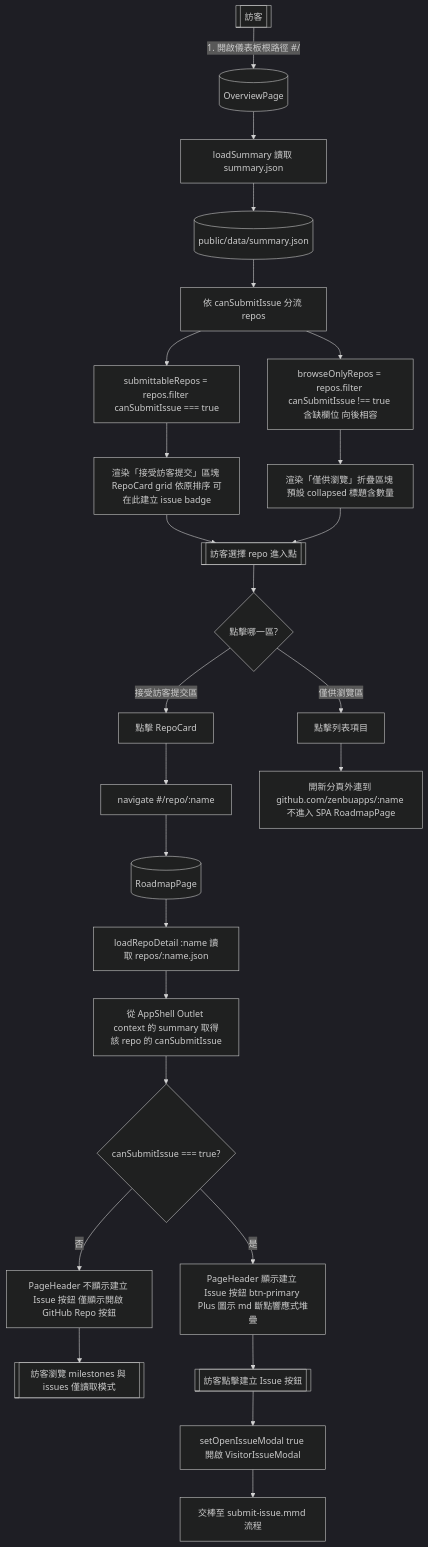
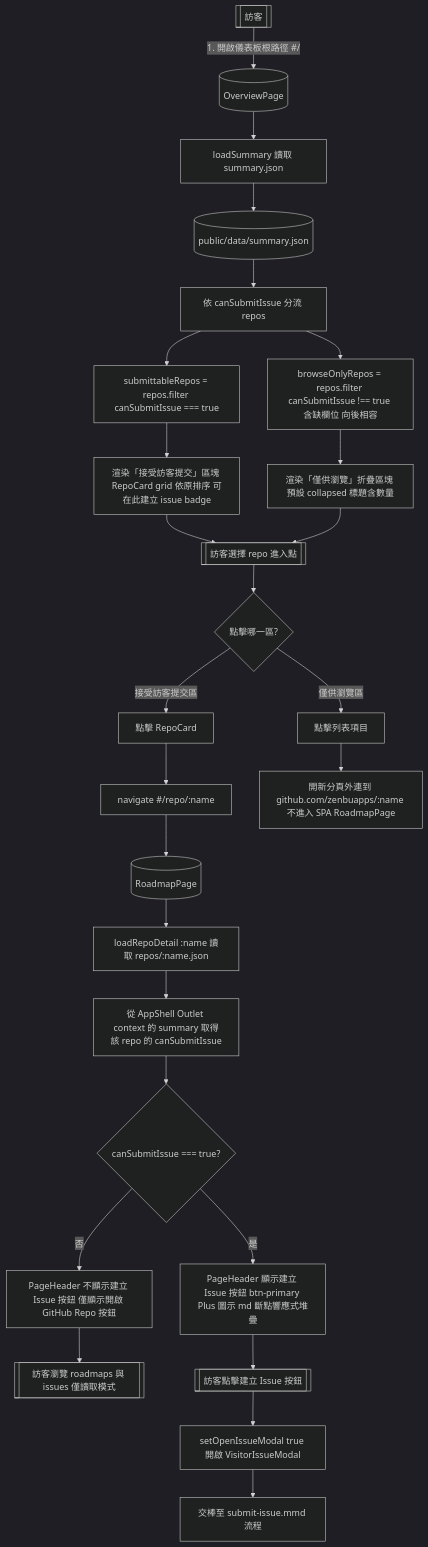
Before and after one commit to zenbuapps/zenbu-milestones: the diagram in specs/activities/overview-entry.mmd, drawn with Mermaid (dark theme). The commit also changed 53 other files, not shown here.

First line of the commit message:
refactor: rename project zenbu-milestones to zenbu-roadmaps

```diff
--- a/specs/activities/overview-entry.mmd
+++ b/specs/activities/overview-entry.mmd
@@ -1,45 +1,45 @@
 %% Activity: OverviewPage 進入 → 觸發建立 Issue Modal 的 UX 路徑
 %% 對應 User Stories: US-V-001 / US-V-007
 %% 對應 AC: AC-Group 1 Rule「RoadmapPage 應在 canSubmitIssue=true 時顯示建立 issue 按鈕」、AC-Group 4（OverviewPage 分區）、AC-Group 8（向後相容：缺 canSubmitIssue 視為 false）
 %% 對應 ADR: ADR-004（canSubmitIssue 計算 + 兩區塊分區）
 
 flowchart TD
     Visitor[[訪客]]
     Summary[(public/data/summary.json)]
     Overview[(OverviewPage)]
     Roadmap[(RoadmapPage)]
 
     Visitor -->|1. 開啟儀表板根路徑 #/| Overview
     Overview --> LoadSummary[loadSummary 讀取 summary.json]
     LoadSummary --> Summary
     Summary --> Partition[依 canSubmitIssue 分流 repos]
 
     Partition --> SubmittableGroup[submittableRepos = repos.filter canSubmitIssue === true]
     Partition --> BrowseOnlyGroup[browseOnlyRepos = repos.filter canSubmitIssue !== true 含缺欄位 向後相容]
 
     SubmittableGroup --> RenderSubmittable[渲染「接受訪客提交」區塊 RepoCard grid 依原排序 可在此建立 issue badge]
     BrowseOnlyGroup --> RenderBrowseOnly[渲染「僅供瀏覽」折疊區塊 預設 collapsed 標題含數量]
 
     RenderSubmittable --> UserChoice[[訪客選擇 repo 進入點]]
     RenderBrowseOnly --> UserChoice
 
     UserChoice --> WhichCard{點擊哪一區?}
 
     WhichCard -- 接受訪客提交區 --> ClickSubmittable[點擊 RepoCard]
     ClickSubmittable --> NavigateRoadmap[navigate #/repo/:name]
     NavigateRoadmap --> Roadmap
 
     WhichCard -- 僅供瀏覽區 --> ClickBrowseOnly[點擊列表項目]
     ClickBrowseOnly --> ExternalGitHub[開新分頁外連到 github.com/zenbuapps/:name 不進入 SPA RoadmapPage]
 
     Roadmap --> LoadDetail[loadRepoDetail :name 讀取 repos/:name.json]
     LoadDetail --> GetCanSubmit[從 AppShell Outlet context 的 summary 取得該 repo 的 canSubmitIssue]
     GetCanSubmit --> HeaderCheck{canSubmitIssue === true?}
 
     HeaderCheck -- 否 --> HidePageBtn[PageHeader 不顯示建立 Issue 按鈕 僅顯示開啟 GitHub Repo 按鈕]
-    HidePageBtn --> BrowseMilestones[[訪客瀏覽 milestones 與 issues 僅讀取模式]]
+    HidePageBtn --> BrowseRoadmaps[[訪客瀏覽 roadmaps 與 issues 僅讀取模式]]
 
     HeaderCheck -- 是 --> ShowPageBtn[PageHeader 顯示建立 Issue 按鈕 btn-primary Plus 圖示 md 斷點響應式堆疊]
     ShowPageBtn --> UserClickCreate[[訪客點擊建立 Issue 按鈕]]
     UserClickCreate --> OpenIssueModal[setOpenIssueModal true 開啟 VisitorIssueModal]
     OpenIssueModal --> HandoffToSubmit[交棒至 submit-issue.mmd 流程]
```
